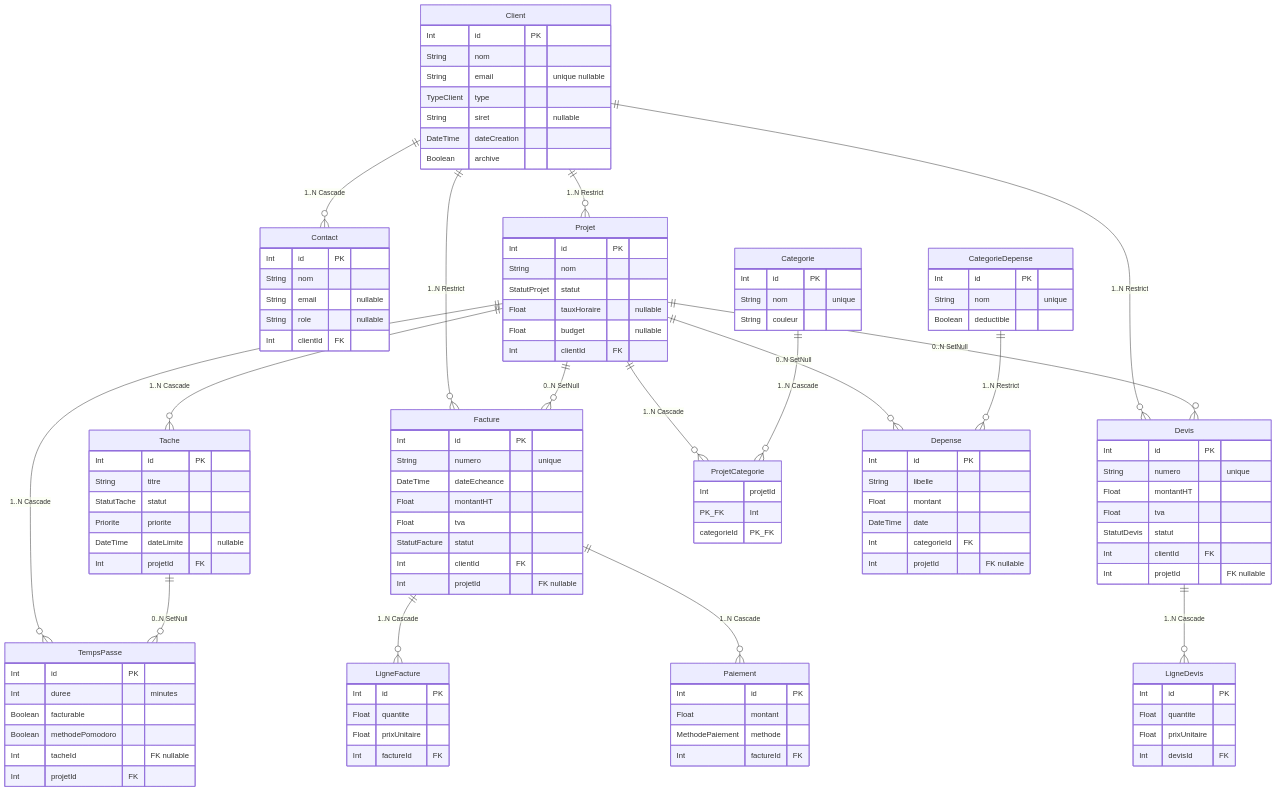
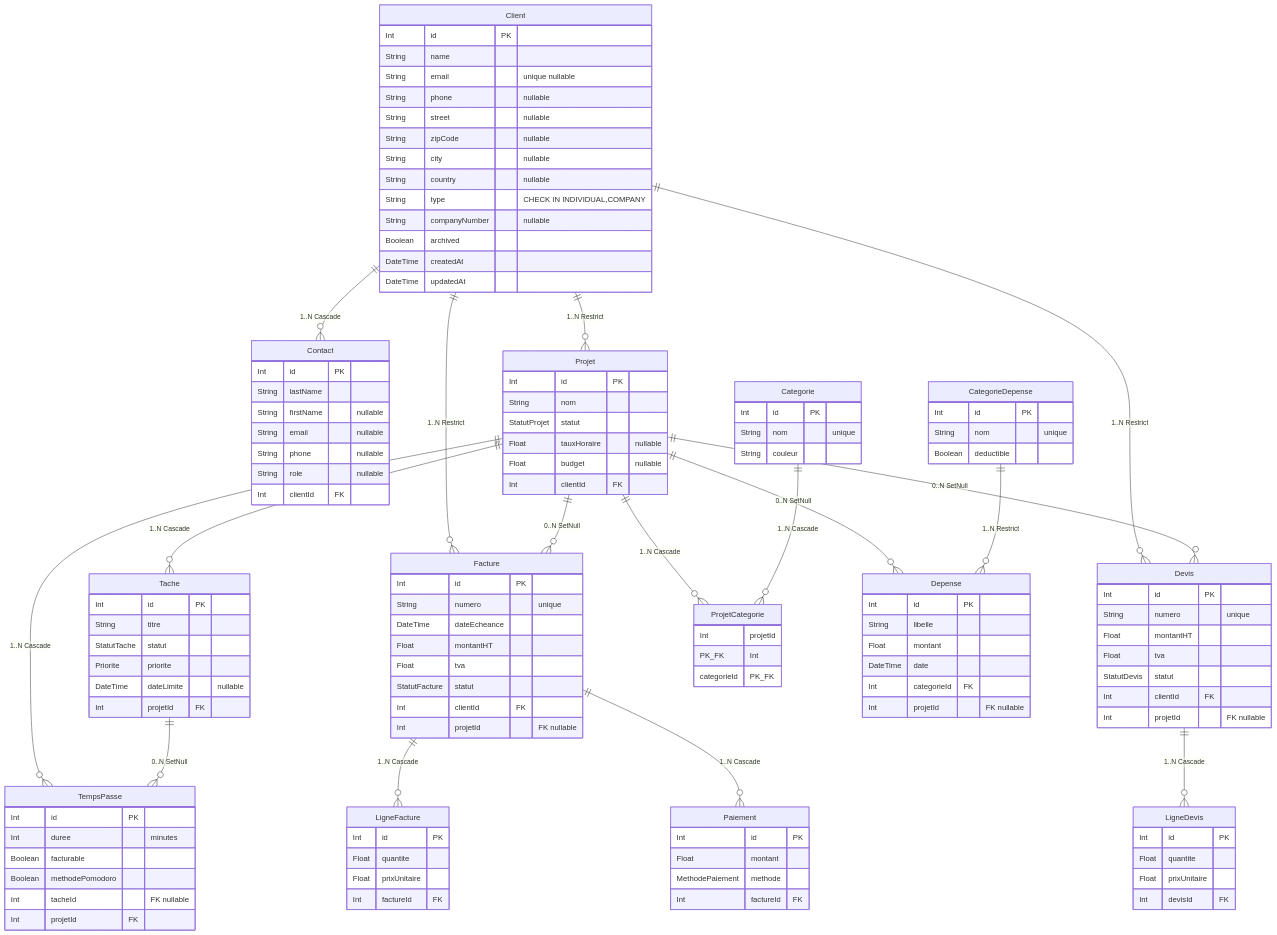
One commit to ZekJulien/IETC-sole-crm changed the diagram in README.md. Above: the diagram before and after it, drawn with Mermaid. The commit also changed other lines of this file and 185 other files, not shown here.

```diff
--- a/README.md
+++ b/README.md
@@ -84,18 +84,26 @@
     CategorieDepense ||--o{ Depense : "1..N Restrict"
 
     Client {
-        Int        id PK
-        String     nom
-        String     email "unique nullable"
-        TypeClient type
-        String     siret "nullable"
-        DateTime   dateCreation
-        Boolean    archive
+        Int      id PK
+        String   name
+        String   email "unique nullable"
+        String   phone "nullable"
+        String   street "nullable"
+        String   zipCode "nullable"
+        String   city "nullable"
+        String   country "nullable"
+        String   type "CHECK IN INDIVIDUAL,COMPANY"
+        String   companyNumber "nullable"
+        Boolean  archived
+        DateTime createdAt
+        DateTime updatedAt
     }
     Contact {
         Int    id PK
-        String nom
+        String lastName
+        String firstName "nullable"
         String email "nullable"
+        String phone "nullable"
         String role "nullable"
         Int    clientId FK
     }
```
